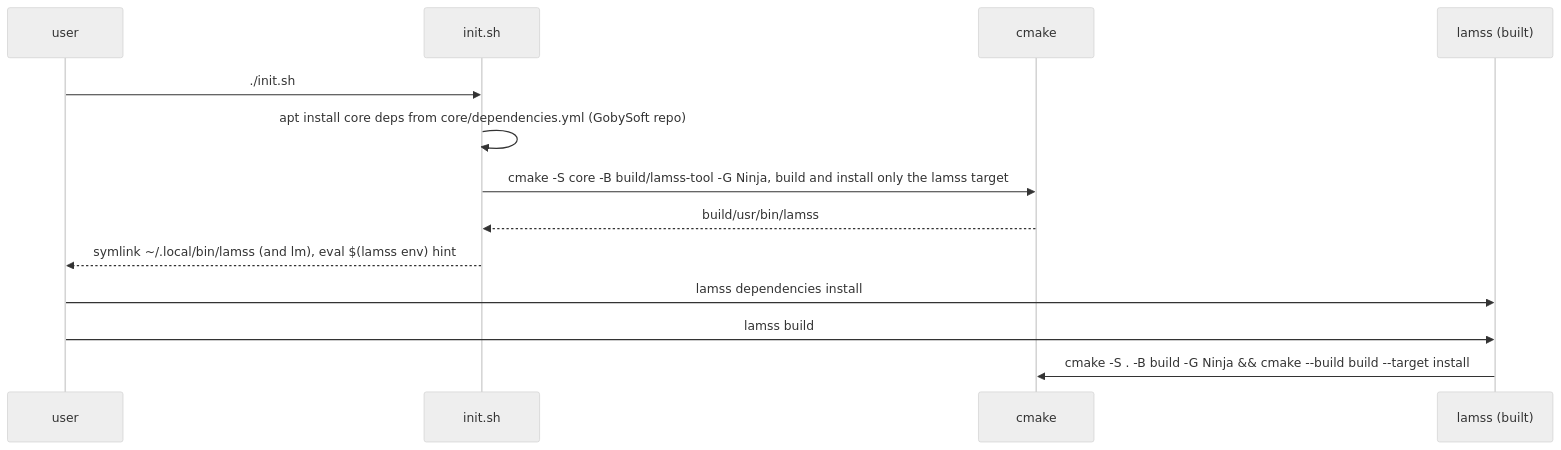
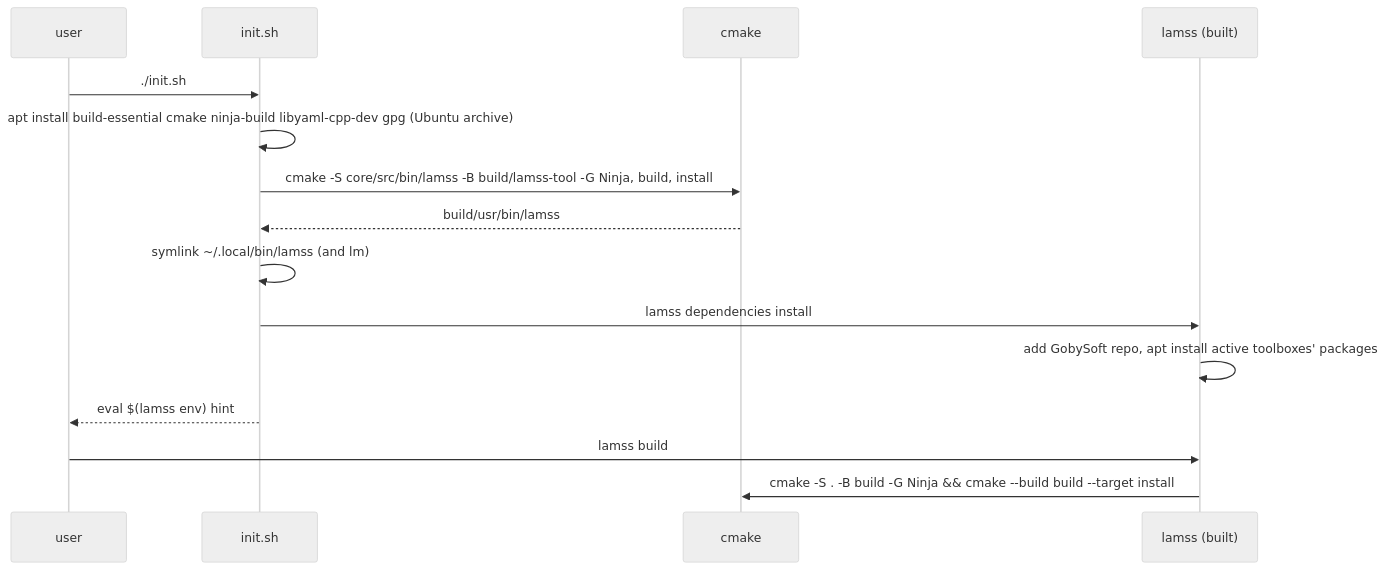
Before and after one commit to GobySoft/lamss3: the first of 2 diagrams in core/src/doc/plan/claude/03-lamss-tool.md, drawn with Mermaid (neutral theme). The commit also changed other lines of this file and 14 other files, not shown here.

First line of the commit message:
Replace the Goby3 tool framework with a built-in command table

````diff
--- a/core/src/doc/plan/claude/03-lamss-tool.md
+++ b/core/src/doc/plan/claude/03-lamss-tool.md
@@ -18,15 +18,17 @@
 ```mermaid
 sequenceDiagram
   participant U as user
   participant B as init.sh
   participant C as cmake
   participant L as lamss (built)
   U->>B: ./init.sh
-  B->>B: apt install core deps from core/dependencies.yml (GobySoft repo)
-  B->>C: cmake -S core -B build/lamss-tool -G Ninja, build and install only the lamss target
+  B->>B: apt install build-essential cmake ninja-build libyaml-cpp-dev gpg (Ubuntu archive)
+  B->>C: cmake -S core/src/bin/lamss -B build/lamss-tool -G Ninja, build, install
   C-->>B: build/usr/bin/lamss
-  B-->>U: symlink ~/.local/bin/lamss (and lm), eval $(lamss env) hint
-  U->>L: lamss dependencies install
+  B->>B: symlink ~/.local/bin/lamss (and lm)
+  B->>L: lamss dependencies install
+  L->>L: add GobySoft repo, apt install active toolboxes' packages
+  B-->>U: eval $(lamss env) hint
   U->>L: lamss build
   L->>C: cmake -S . -B build -G Ninja && cmake --build build --target install
 ```
````
